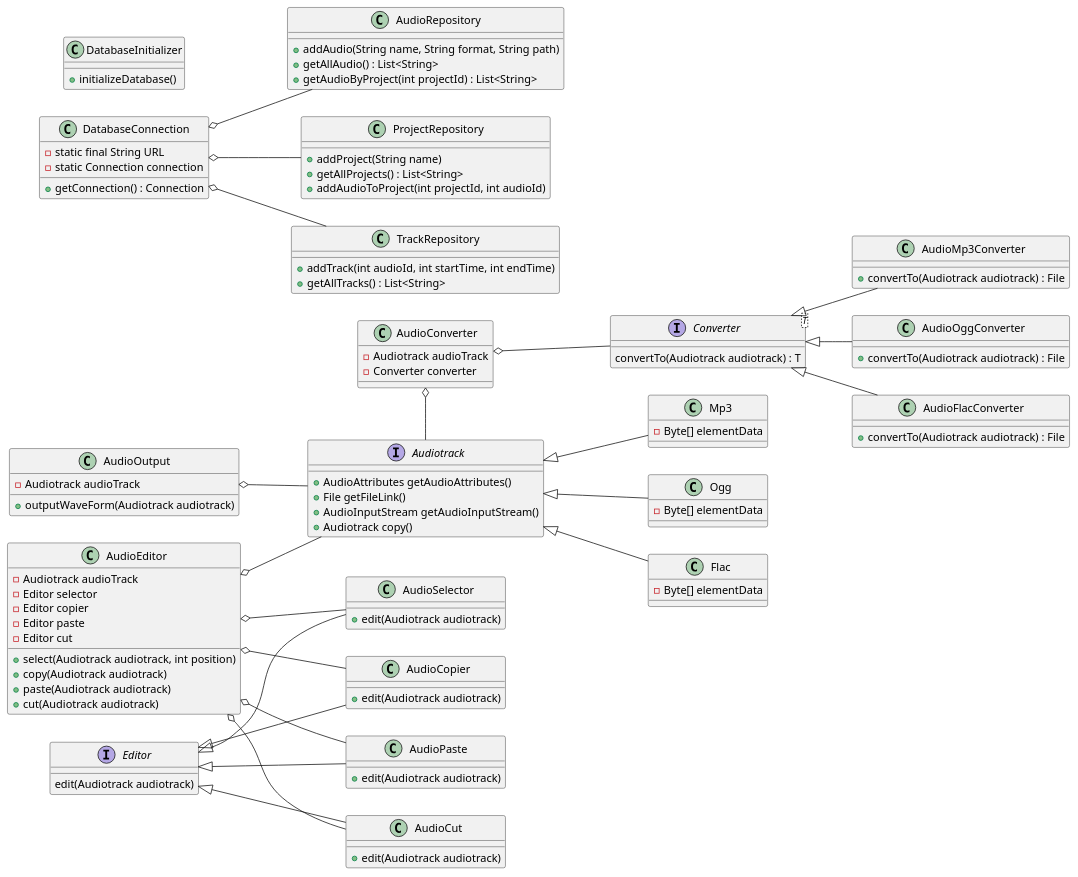
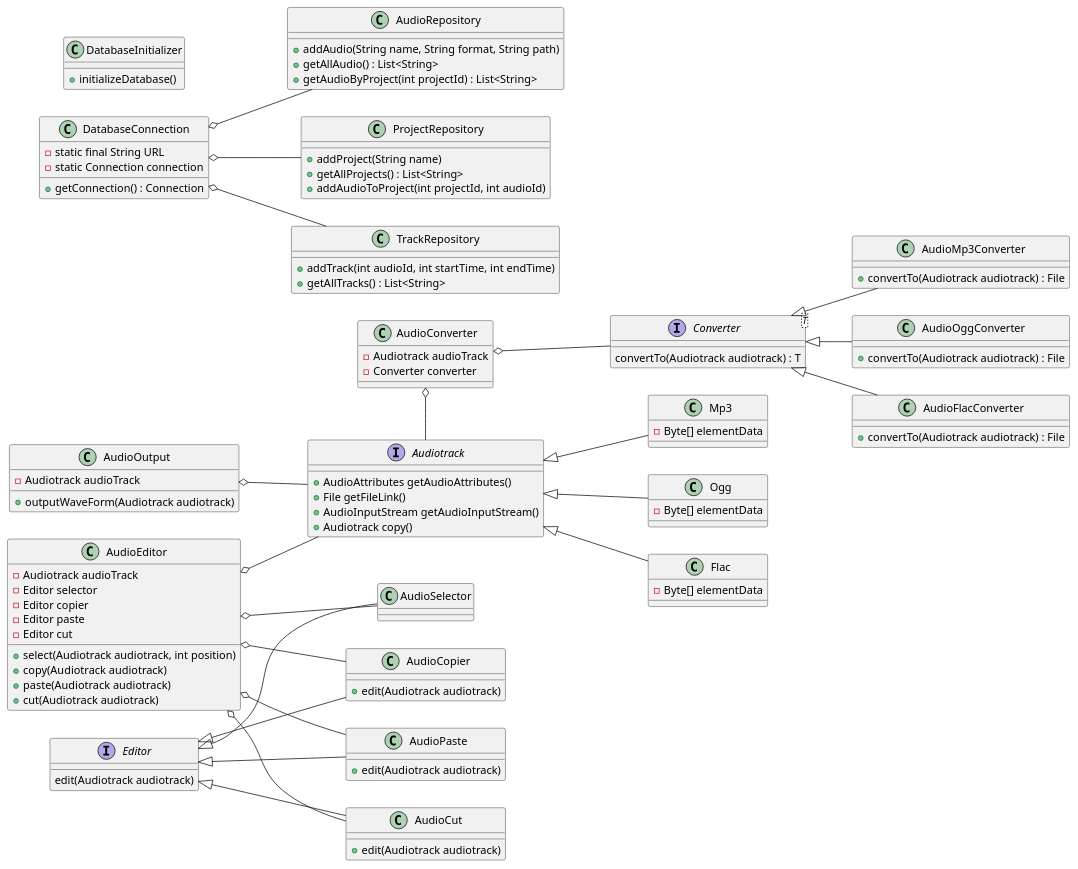
The diagram in diagrams/class-puml.puml (KatiaArkhyp/AudioEditor), drawn with PlantUML before and after one commit. The commit also changed 4 other files, not shown here.

Commit message:
Update report: translation of use-case diagrams into Ukrainian, dark background of screenshots replaced with light one, extend conclusions

```diff
--- a/diagrams/class-puml.puml
+++ b/diagrams/class-puml.puml
@@ -1,132 +1,130 @@
 @startuml
 left to right direction
+
 
 interface Audiotrack {
     +AudioAttributes getAudioAttributes()
     +File getFileLink()
     +AudioInputStream getAudioInputStream()
     +Audiotrack copy()
 }
 
 interface Editor {
     edit(Audiotrack audiotrack)
 }
 
 interface Converter<T> {
     convertTo(Audiotrack audiotrack) : T
 }
 
 class AudioMp3Converter {
     +convertTo(Audiotrack audiotrack) : File
 }
 class AudioOggConverter {
     +convertTo(Audiotrack audiotrack) : File
 }
 class AudioFlacConverter {
     +convertTo(Audiotrack audiotrack) : File
 }
 
 class AudioEditor {
     -Audiotrack audioTrack
     -Editor selector
     -Editor copier
     -Editor paste
     -Editor cut
     +select(Audiotrack audiotrack, int position)
     +copy(Audiotrack audiotrack)
     +paste(Audiotrack audiotrack)
     +cut(Audiotrack audiotrack)
 }
 
 class AudioOutput {
     -Audiotrack audioTrack
     +outputWaveForm(Audiotrack audiotrack)
 }
 
 class AudioConverter {
     -Audiotrack audioTrack
     -Converter converter
 }
 
 Audiotrack <|-- Mp3
 Audiotrack <|-- Ogg
 Audiotrack <|-- Flac
 Editor <|-- AudioSelector
 Editor <|-- AudioCopier
 Editor <|-- AudioPaste
 Editor <|-- AudioCut
 Converter <|-- AudioMp3Converter
 Converter <|-- AudioOggConverter
 Converter <|-- AudioFlacConverter
 
 AudioEditor o-- Audiotrack
 AudioEditor o-- AudioSelector
 AudioEditor o-- AudioCopier
 AudioEditor o-- AudioPaste
 AudioEditor o-- AudioCut
 
 AudioOutput o-- Audiotrack
 AudioConverter o- Audiotrack
 AudioConverter o-- Converter
 
 class Mp3 {
     -Byte[] elementData
 }
 
 class Ogg {
     -Byte[] elementData
 }
 
 class Flac {
     -Byte[] elementData
 }
 
-class AudioSelector {
-    +edit(Audiotrack audiotrack)
-}
 class AudioCopier {
     +edit(Audiotrack audiotrack)
 }
 class AudioPaste {
     +edit(Audiotrack audiotrack)
 }
 class AudioCut {
     +edit(Audiotrack audiotrack)
 }
 
 class DatabaseConnection {
     -static final String URL
     -static Connection connection
     +getConnection() : Connection
 }
 
 class DatabaseInitializer {
     +initializeDatabase()
 }
 
 class AudioRepository {
     +addAudio(String name, String format, String path)
     +getAllAudio() : List<String>
     +getAudioByProject(int projectId) : List<String>
 }
 
 class ProjectRepository {
     +addProject(String name)
     +getAllProjects() : List<String>
     +addAudioToProject(int projectId, int audioId)
 }
 
 class TrackRepository {
     +addTrack(int audioId, int startTime, int endTime)
     +getAllTracks() : List<String>
 }
 
 DatabaseConnection o-- AudioRepository
 DatabaseConnection o-- ProjectRepository
 DatabaseConnection o-- TrackRepository
 
 'AudioRepository --> DatabaseConnection
 'ProjectRepository --> DatabaseConnection
 'TrackRepository --> DatabaseConnection
 
 @enduml
```
